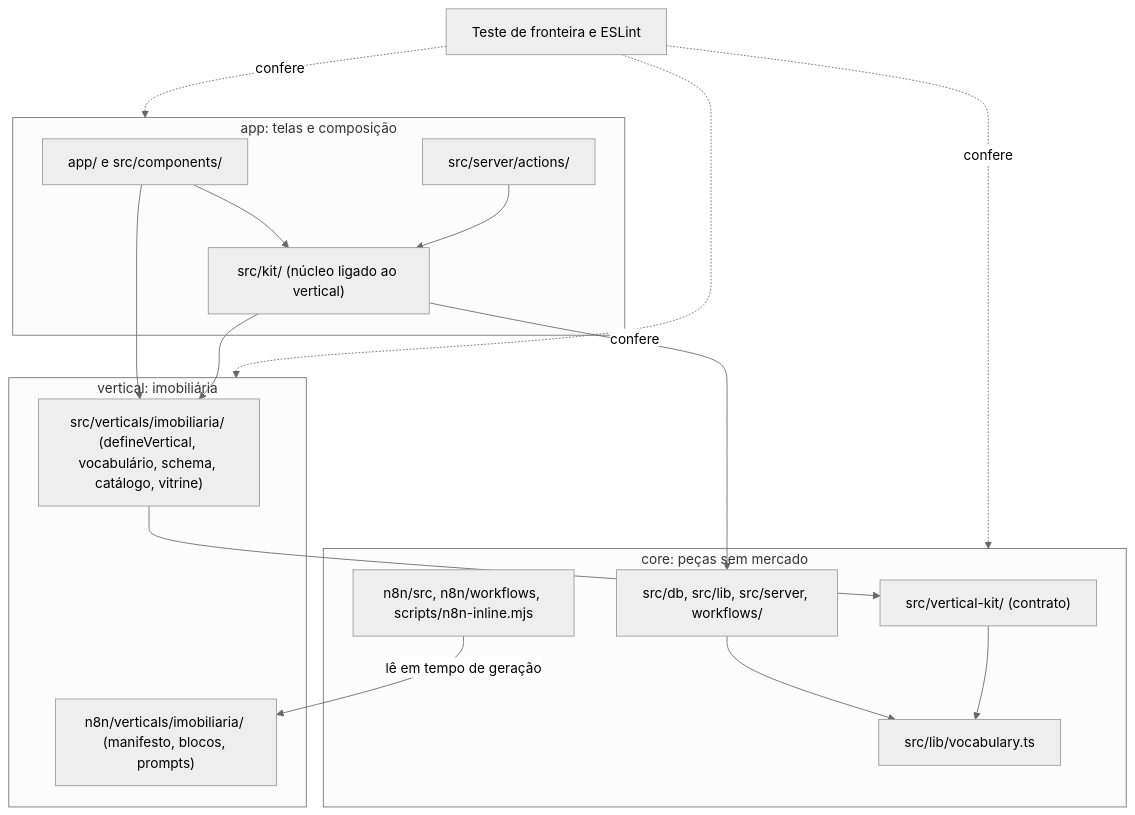
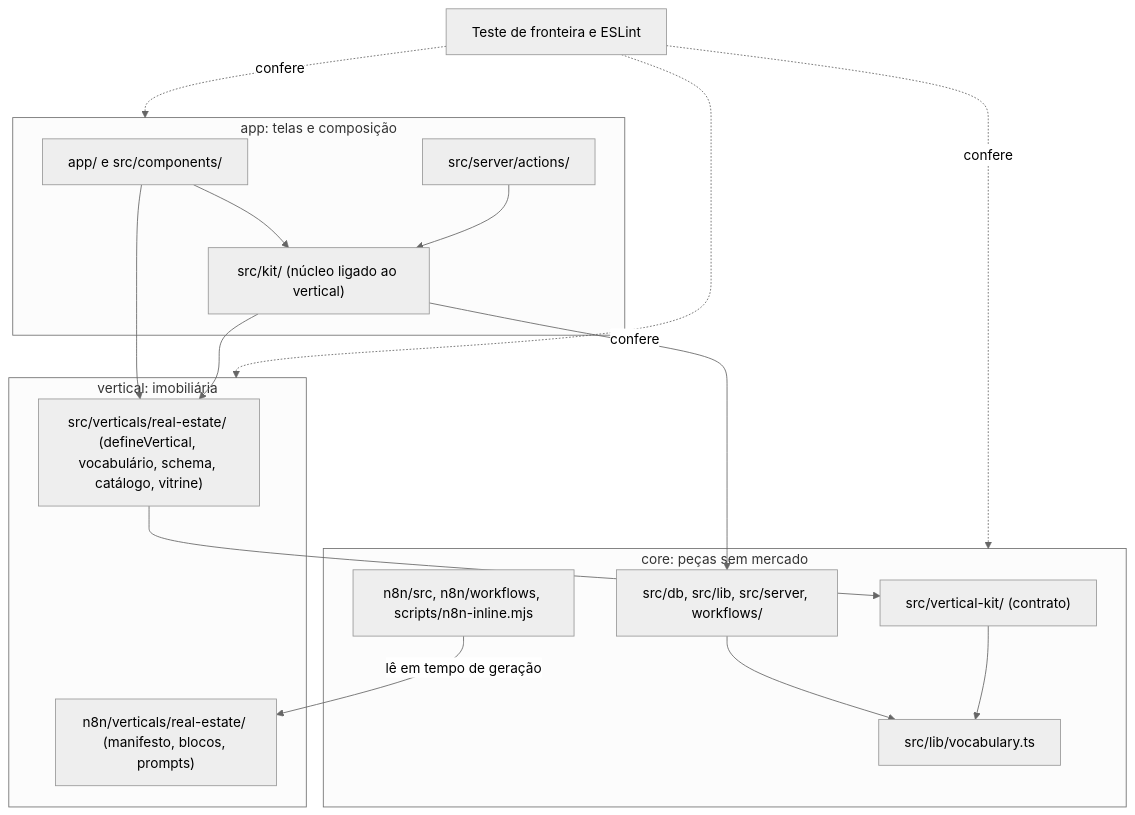
The first of 2 diagrams in .specs/features/lote-18a-costuras-do-nucleo/design.md (Arthur1050/crivo), drawn with Mermaid (neutral theme) before and after one commit. The commit also changed other lines of this file and 7 other files, not shown here.

````diff
--- a/.specs/features/lote-18a-costuras-do-nucleo/design.md
+++ b/.specs/features/lote-18a-costuras-do-nucleo/design.md
@@ -16,30 +16,30 @@
 ```mermaid
 graph TD
     subgraph app["app: telas e composição"]
         Routes["app/ e src/components/"]
         Actions["src/server/actions/"]
         Kit["src/kit/ (núcleo ligado ao vertical)"]
     end
     subgraph vertical["vertical: imobiliária"]
-        Def["src/verticals/imobiliaria/ (defineVertical, vocabulário, schema, catálogo, vitrine)"]
-        Agent["n8n/verticals/imobiliaria/ (manifesto, blocos, prompts)"]
+        Def["src/verticals/real-estate/ (defineVertical, vocabulário, schema, catálogo, vitrine)"]
+        Agent["n8n/verticals/real-estate/ (manifesto, blocos, prompts)"]
     end
     subgraph core["core: peças sem mercado"]
         VKit["src/vertical-kit/ (contrato)"]
         Vocab["src/lib/vocabulary.ts"]
         Pieces["src/db, src/lib, src/server, workflows/"]
         Gen["n8n/src, n8n/workflows, scripts/n8n-inline.mjs"]
     end
     Routes --> Kit
     Actions --> Kit
     Routes --> Def
     Kit --> Def
     Kit --> Pieces
     Def --> VKit
     Pieces --> Vocab
     VKit --> Vocab
     Gen -->|lê em tempo de geração| Agent
     Boundary["Teste de fronteira e ESLint"] -.confere.-> app
     Boundary -.confere.-> vertical
     Boundary -.confere.-> core
 ```
````
